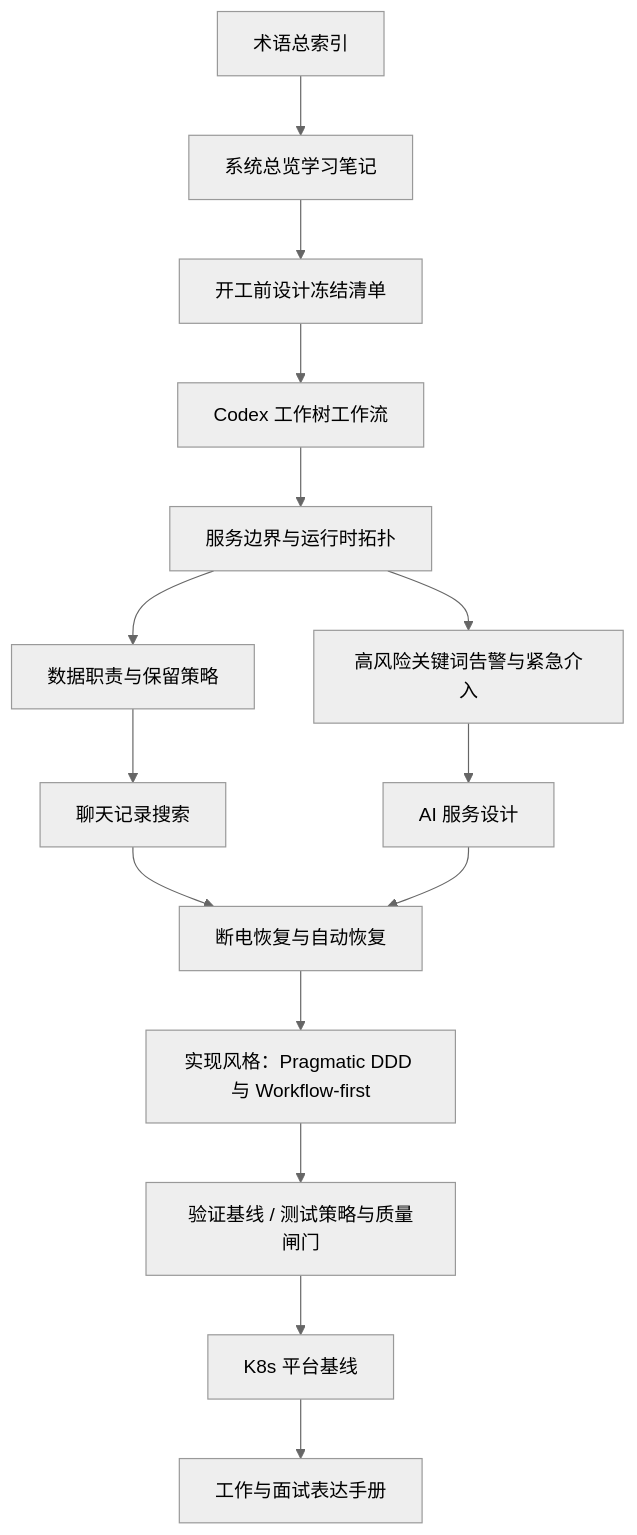
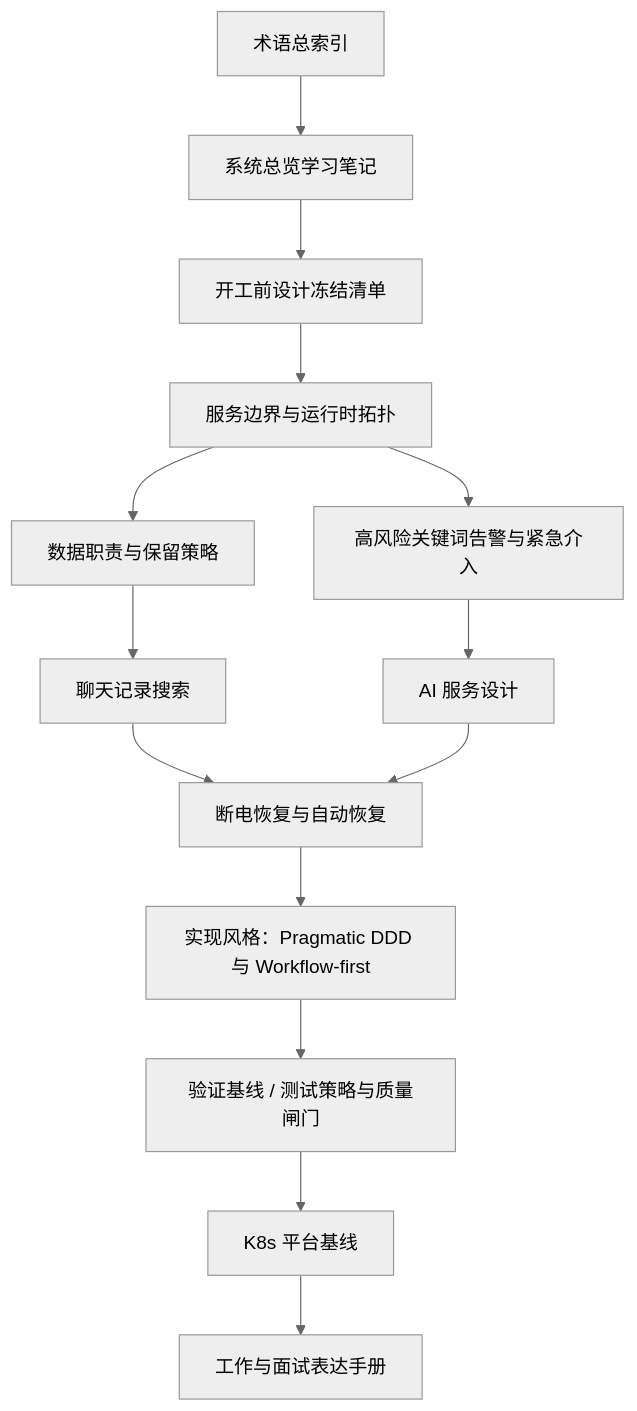
The diagram in Obsidian/00-Overview/如何学习这个项目.md (Glnyg/StudyCode), drawn with Mermaid (neutral theme) before and after one commit. The commit also changed other lines of this file and 10 other files, not shown here.

````diff
--- a/Obsidian/00-Overview/如何学习这个项目.md
+++ b/Obsidian/00-Overview/如何学习这个项目.md
@@ -18,17 +17,16 @@
 ```mermaid
 flowchart TD
     A["术语总索引"] --> B["系统总览学习笔记"]
     B --> C["开工前设计冻结清单"]
-    C --> D["Codex 工作树工作流"]
-    D --> E["服务边界与运行时拓扑"]
+    C --> E["服务边界与运行时拓扑"]
     E --> F["数据职责与保留策略"]
     E --> G["高风险关键词告警与紧急介入"]
     F --> H["聊天记录搜索"]
     G --> I["AI 服务设计"]
     H --> J["断电恢复与自动恢复"]
     I --> J
     J --> K["实现风格：Pragmatic DDD 与 Workflow-first"]
     K --> L["验证基线 / 测试策略与质量闸门"]
     L --> M["K8s 平台基线"]
     M --> N["工作与面试表达手册"]
 ```
````
